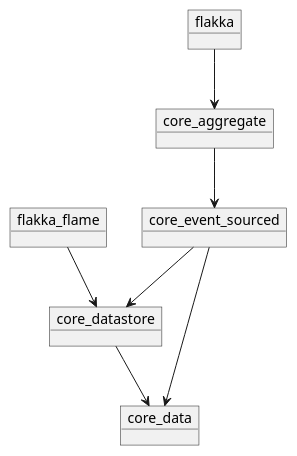
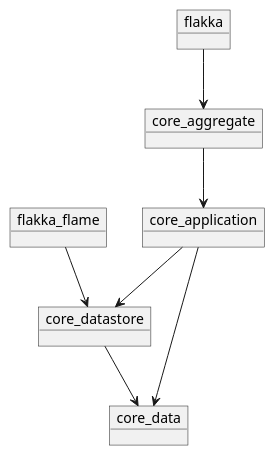
Before and after one commit to bestow-code/flakka: the diagram in packages.puml, drawn with PlantUML. The commit also changed 93 other files, not shown here.

```diff
--- a/packages.puml
+++ b/packages.puml
@@ -1,15 +1,15 @@
 @startuml
 object flakka
 object flakka_flame
 object core_aggregate
-object core_event_sourced
+object core_application
 object core_datastore
 flakka_flame --> core_datastore
 flakka --> core_aggregate
 object core_data
 
 core_datastore --> core_data
-core_event_sourced --> core_datastore
-core_event_sourced --> core_data
-core_aggregate --> core_event_sourced
+core_application --> core_datastore
+core_application --> core_data
+core_aggregate --> core_application
 @enduml
```
